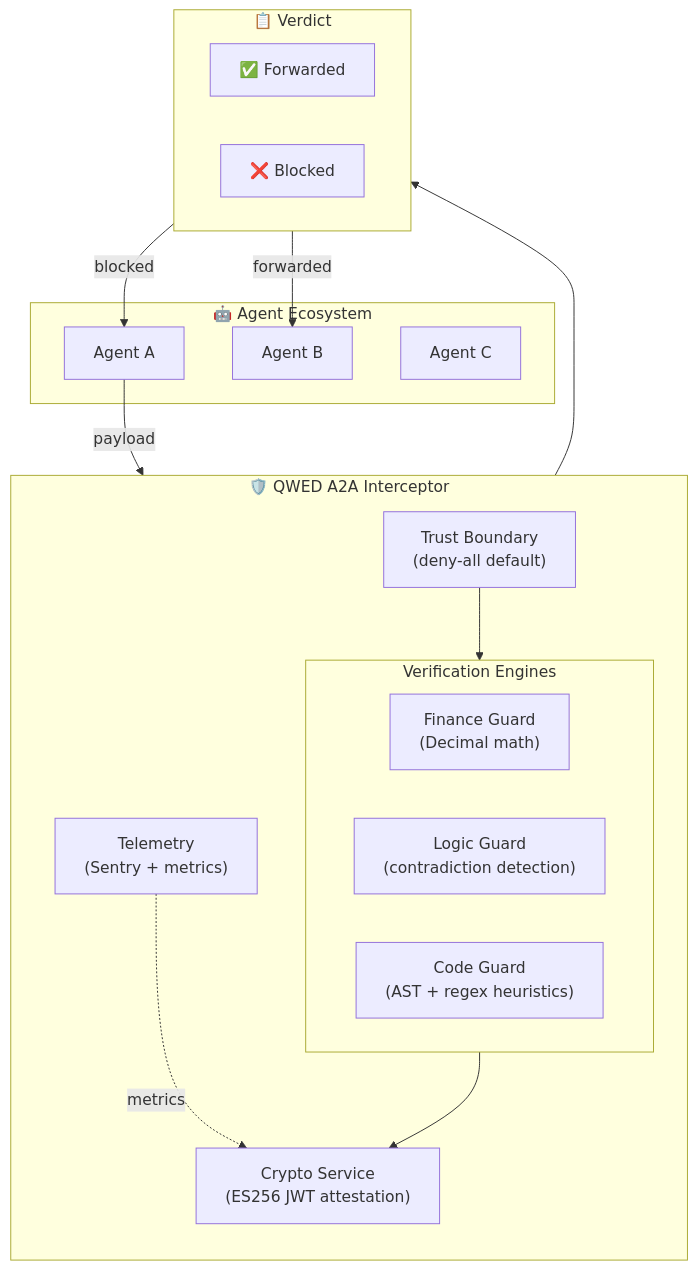
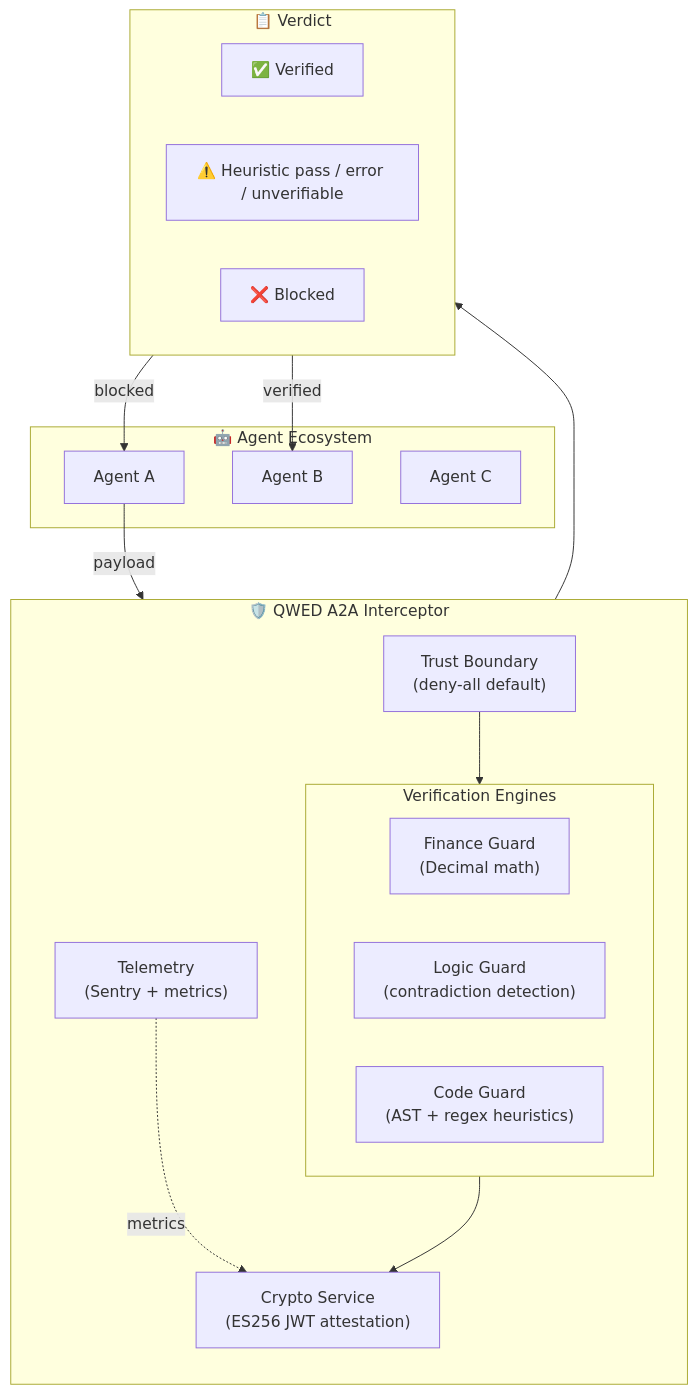
One commit to QWED-AI/docs changed the second of 2 diagrams in a2a/overview.mdx. Above: the diagram before and after it, drawn with Mermaid. The commit also changed other lines of this file and 6 other files, not shown here.

````diff
--- a/a2a/overview.mdx
+++ b/a2a/overview.mdx
@@ -107,33 +108,34 @@
 ```mermaid
 flowchart TB
     subgraph Agents["🤖 Agent Ecosystem"]
         A1["Agent A"]
         A2["Agent B"]
         A3["Agent C"]
     end
 
     subgraph QWED["🛡️ QWED A2A Interceptor"]
         direction TB
         TB["Trust Boundary<br/>(deny-all default)"]
         subgraph Engines["Verification Engines"]
             FG["Finance Guard<br/>(Decimal math)"]
             LG["Logic Guard<br/>(contradiction detection)"]
             CG["Code Guard<br/>(AST + regex heuristics)"]
         end
         CR["Crypto Service<br/>(ES256 JWT attestation)"]
         TL["Telemetry<br/>(Sentry + metrics)"]
     end
 
     subgraph Output["📋 Verdict"]
-        FW["✅ Forwarded"]
+        FW["✅ Verified"]
+        HP["⚠️ Heuristic pass / error / unverifiable"]
         BL["❌ Blocked"]
     end
 
     A1 -->|"payload"| TB
     TB --> Engines
     Engines --> CR
     CR --> Output
-    Output -->|"forwarded"| A2
+    Output -->|"verified"| A2
     Output -->|"blocked"| A1
     TL -.->|"metrics"| CR
 ```
````
